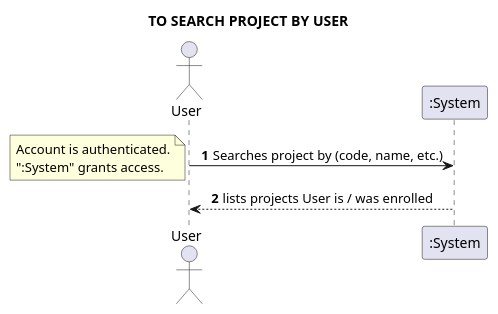
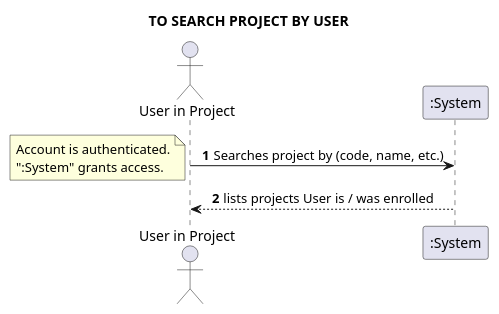
One commit to Loracline/project_switch_22-23 changed diagram 12 of 26 in docs/requirements_gathering/system_sequence_diagrams/System_Sequence_Diagram.puml. Above: the diagram before and after it, drawn with PlantUML. The commit also changed other lines of this file and 11 other files, not shown here.

```diff
--- a/docs/requirements_gathering/system_sequence_diagrams/System_Sequence_Diagram.puml
+++ b/docs/requirements_gathering/system_sequence_diagrams/System_Sequence_Diagram.puml
@@ -185,12 +185,12 @@
 @startuml
 skinparam sequenceMessageAlign center
 title TO SEARCH PROJECT BY USER
-actor User
+actor "User in Project" as UIP
 autonumber
-User -> ":System": Searches project by (code, name, etc.)
+UIP -> ":System": Searches project by (code, name, etc.)
 note left
 Account is authenticated.
 ":System" grants access.
 end note
-User <-- ":System": lists projects User is / was enrolled
+UIP <-- ":System": lists projects User is / was enrolled
 @enduml
```
